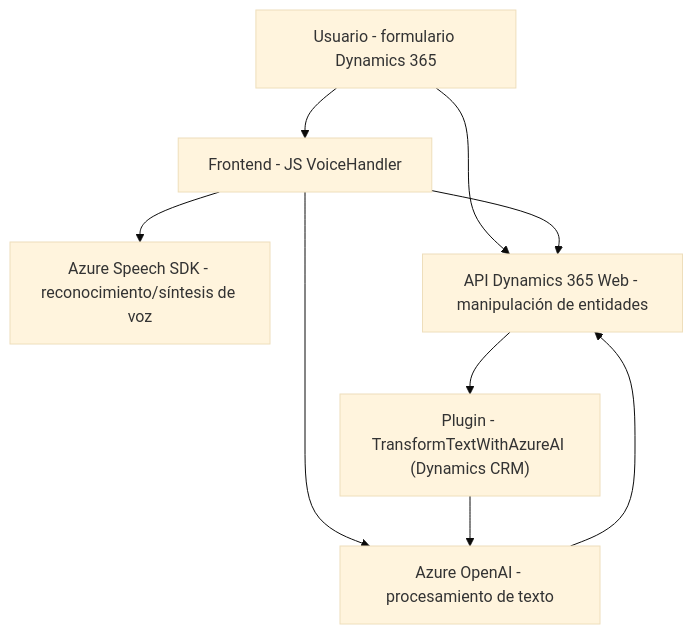
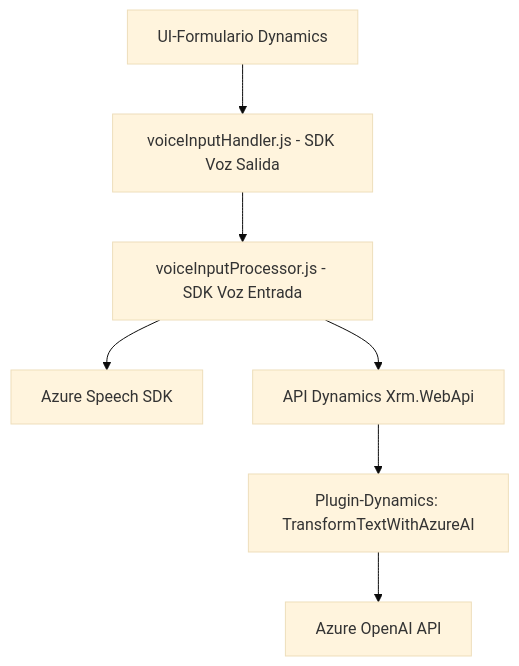
One commit to blopezdm/NETCORE_BILBAO2025 changed the diagram in README.md. Above: the diagram before and after it, drawn with Mermaid (base theme). The commit also changed other lines of this file, not shown here.

````diff
--- a/README.md
+++ b/README.md
@@ -57,18 +49,17 @@
 ```mermaid
 graph TD
-    A["Usuario - formulario Dynamics 365"]
-    B["Frontend - JS VoiceHandler"]
-    C["Azure Speech SDK - reconocimiento/síntesis de voz"]
-    D["API Dynamics 365 Web - manipulación de entidades"]
-    E["Plugin - TransformTextWithAzureAI (Dynamics CRM)"]
-    F["Azure OpenAI - procesamiento de texto"]
-    
+    A["UI-Formulario Dynamics"]
+    B["voiceInputHandler.js - SDK Voz Salida"]
+    C["voiceInputProcessor.js - SDK Voz Entrada"]
+    D["Azure Speech SDK"]
+    E["API Dynamics Xrm.WebApi"]
+    F["Plugin-Dynamics: TransformTextWithAzureAI"]
+    G["Azure OpenAI API"]
+
     A --> B
     B --> C
-    A --> D
-    B --> D
-    D --> E
-    B --> F
+    C --> D
+    C --> E
     E --> F
-    F --> D
+    F --> G
 ```
````
